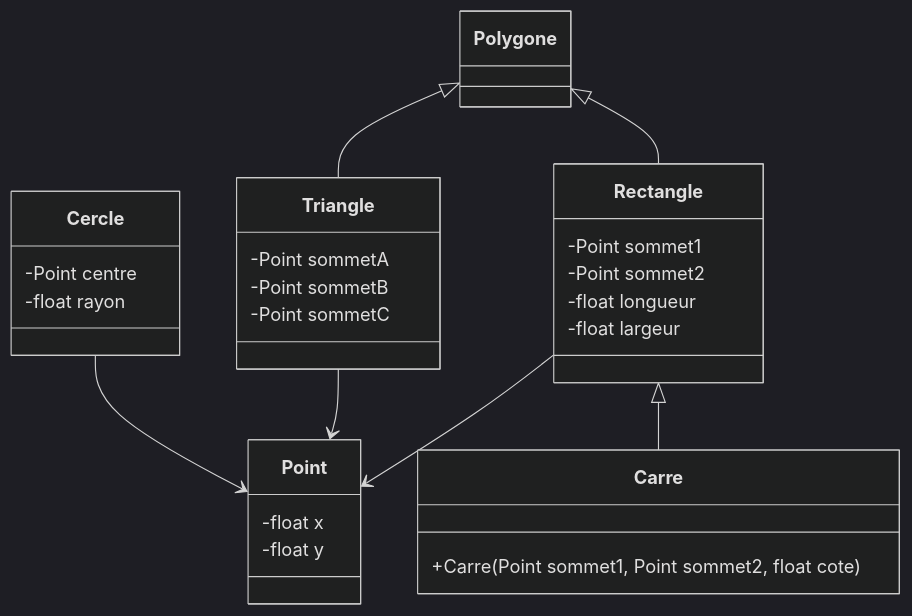
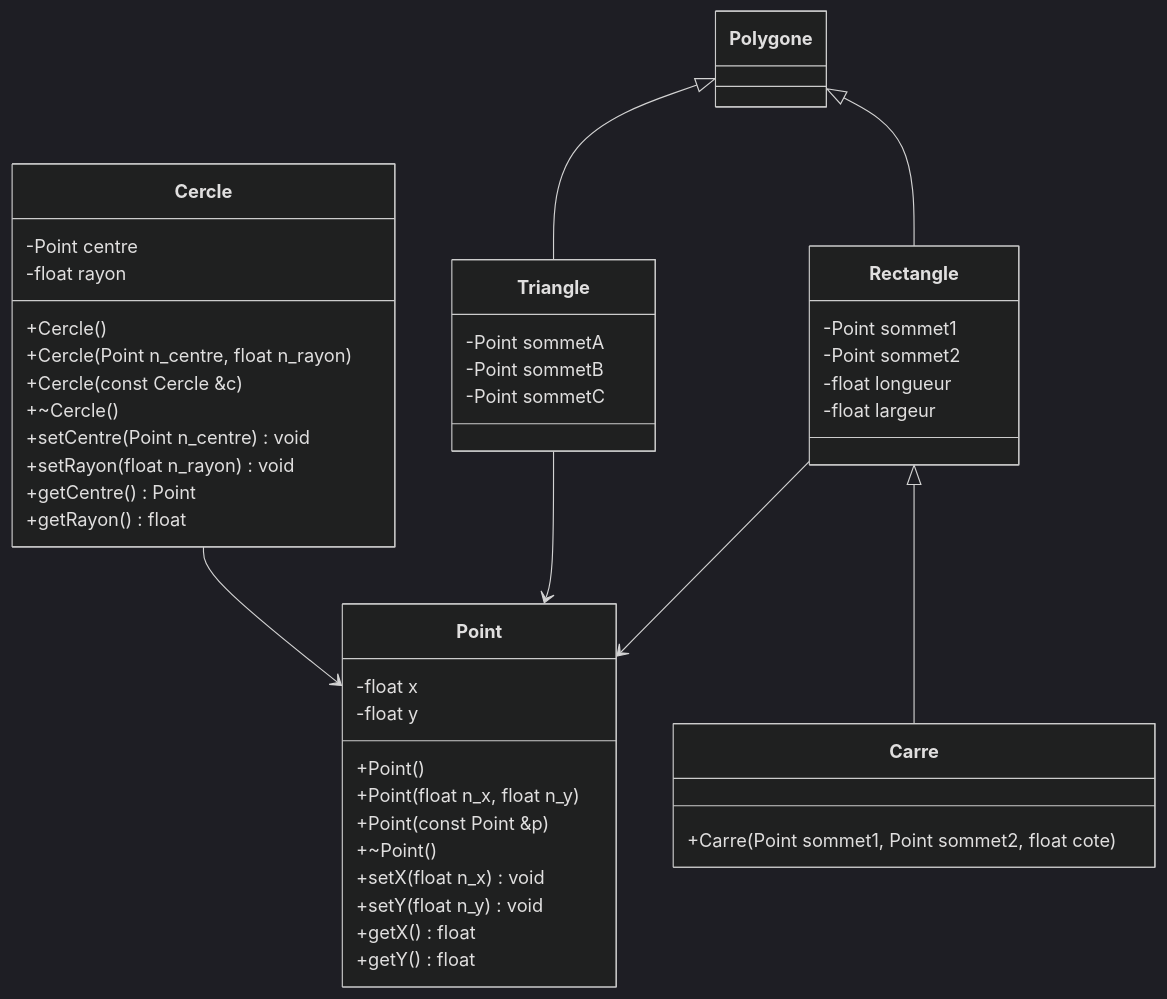
The diagram in README.md (Am0L0/POO-prosit_3), drawn with Mermaid (dark theme) before and after one commit.

Commit message:
Modification diagramme de classe avec Point et Cercle

````diff
--- a/README.md
+++ b/README.md
@@ -12,39 +12,55 @@
 ```mermaid
 classDiagram
     class Point {
         -float x
         -float y
+        +Point()
+        +Point(float n_x, float n_y)
+        +Point(const Point &p)
+        +~Point()
+        +setX(float n_x) void
+        +setY(float n_y) void
+        +getX() float
+        +getY() float
     }
 
     class Polygone {
     }
 
     class Cercle {
         -Point centre
         -float rayon
+        +Cercle()
+        +Cercle(Point n_centre, float n_rayon)
+        +Cercle(const Cercle &c)
+        +~Cercle()
+        +setCentre(Point n_centre) void
+        +setRayon(float n_rayon) void
+        +getCentre() Point
+        +getRayon() float
     }
 
     class Carre {
         +Carre(Point sommet1, Point sommet2, float cote)
     }
 
     class Rectangle {
         -Point sommet1
         -Point sommet2
         -float longueur
         -float largeur
     }
 
     class Triangle {
         -Point sommetA
         -Point sommetB
         -Point sommetC
     }
 
     Rectangle <|-- Carre
     Polygone <|-- Rectangle
     Polygone <|-- Triangle
     Cercle --> Point
     Rectangle --> Point
     Triangle --> Point
 ```
````
